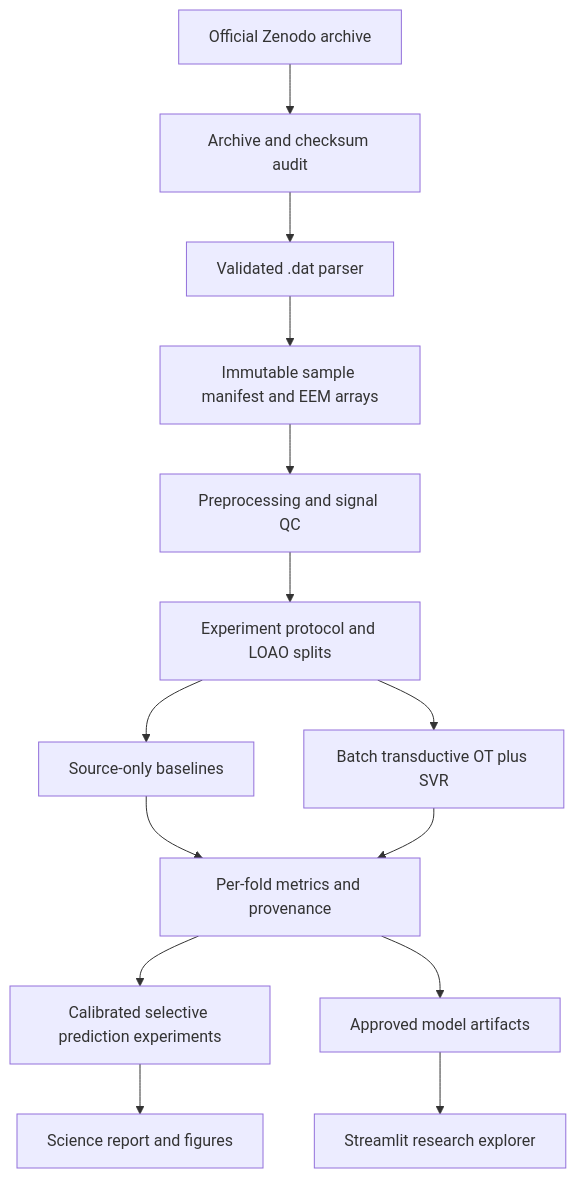
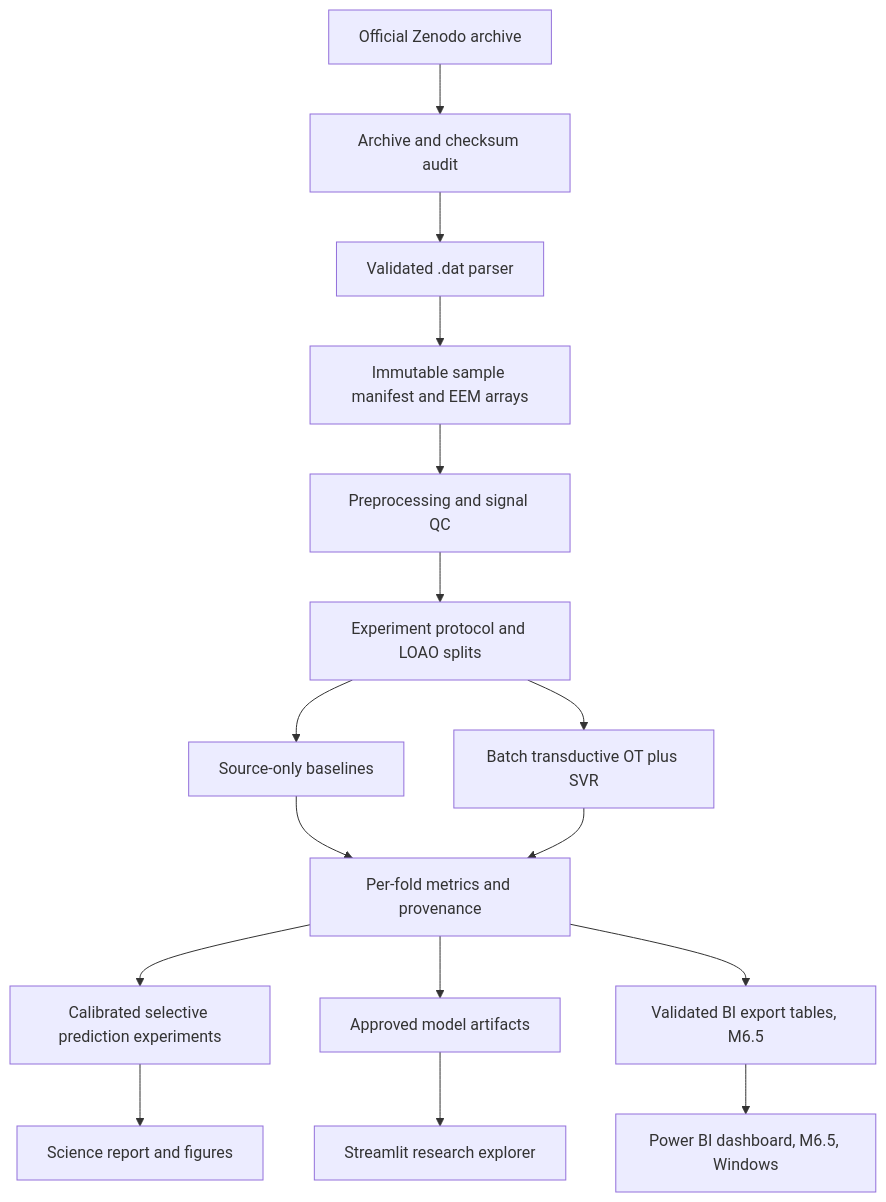
Before and after one commit to MIA290306/ChemiProof: the diagram in docs/engineering/04_ARCHITECTURE.md, drawn with Mermaid. The commit also changed other lines of this file and 28 other files, not shown here.

Commit message:
docs: integrate Power BI (M6.5) into architecture, roadmap, data contract and acceptance tests

````diff
--- a/docs/engineering/04_ARCHITECTURE.md
+++ b/docs/engineering/04_ARCHITECTURE.md
@@ -13,16 +13,18 @@
 ```mermaid
 flowchart TD
     A[Official Zenodo archive] --> B[Archive and checksum audit]
     B --> C[Validated .dat parser]
     C --> D[Immutable sample manifest and EEM arrays]
     D --> E[Preprocessing and signal QC]
     E --> F[Experiment protocol and LOAO splits]
     F --> G[Source-only baselines]
     F --> H[Batch transductive OT plus SVR]
     G --> I[Per-fold metrics and provenance]
     H --> I
     I --> J[Calibrated selective prediction experiments]
     J --> K[Science report and figures]
     I --> L[Approved model artifacts]
     L --> M[Streamlit research explorer]
+    I --> N[Validated BI export tables, M6.5]
+    N --> O[Power BI dashboard, M6.5, Windows]
 ```
````
